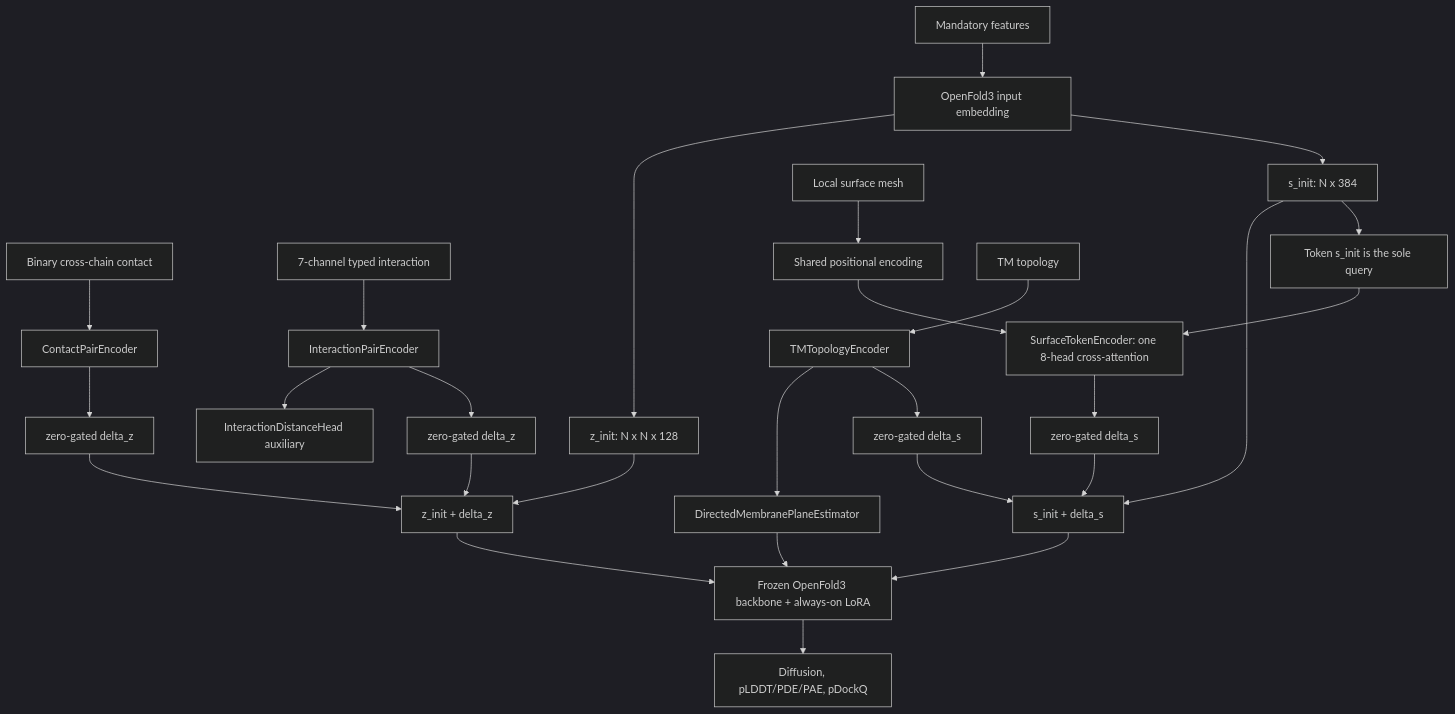
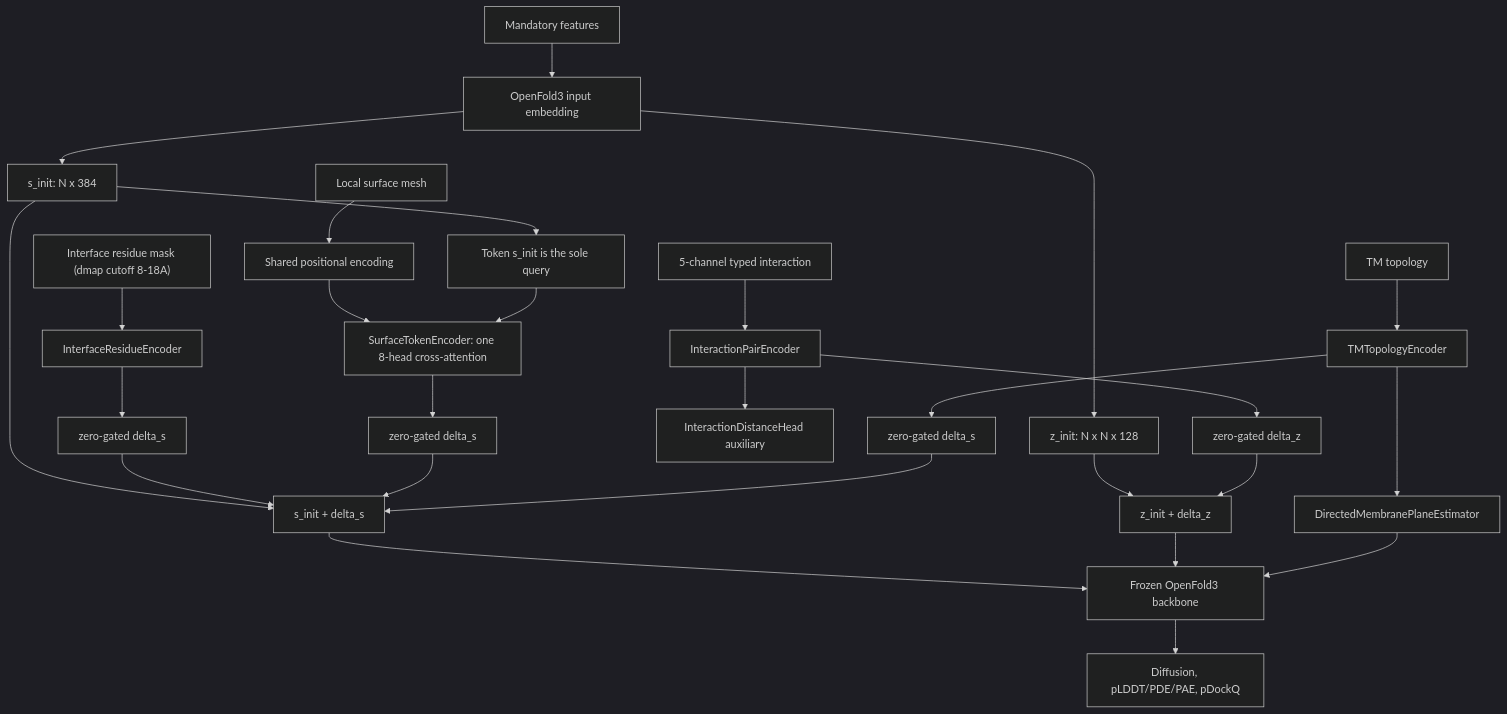
The second of 2 diagrams in README.md (linjyshanghaitech/PhysPPI_experiments), drawn with Mermaid (dark theme) before and after one commit. The commit also changed other lines of this file and 70 other files, not shown here.

````diff
--- a/README.md
+++ b/README.md
@@ -135,29 +135,29 @@
 ```mermaid
 flowchart TB
     M["Mandatory features"] --> E["OpenFold3 input embedding"]
     E --> S["s_init: N x 384"]
     E --> Z["z_init: N x N x 128"]
-    C["Binary cross-chain contact"] --> CE["ContactPairEncoder"]
-    CE --> DZ1["zero-gated delta_z"]
-    I["7-channel typed interaction"] --> IE["InteractionPairEncoder"]
+    IR["Interface residue mask (dmap cutoff 8-18A)"] --> IE2["InterfaceResidueEncoder"]
+    IE2 --> DS1["zero-gated delta_s"]
+    I["5-channel typed interaction"] --> IE["InteractionPairEncoder"]
     IE --> DZ2["zero-gated delta_z"]
     IE --> IDH["InteractionDistanceHead auxiliary"]
     SF["Local surface mesh"] --> SPE["Shared positional encoding"]
     S --> SQ["Token s_init is the sole query"]
     SPE --> SE["SurfaceTokenEncoder: one 8-head cross-attention"]
     SQ --> SE
-    SE --> DS1["zero-gated delta_s"]
+    SE --> DS1B["zero-gated delta_s"]
     TM["TM topology"] --> TE["TMTopologyEncoder"]
     TE --> DS2["zero-gated delta_s"]
     TE --> MP["DirectedMembranePlaneEstimator"]
     S --> SA["s_init + delta_s"]
     DS1 --> SA
+    DS1B --> SA
     DS2 --> SA
     Z --> ZA["z_init + delta_z"]
-    DZ1 --> ZA
     DZ2 --> ZA
-    SA --> OF["Frozen OpenFold3 backbone + always-on LoRA"]
+    SA --> OF["Frozen OpenFold3 backbone"]
     ZA --> OF
     MP --> OF
     OF --> O["Diffusion, pLDDT/PDE/PAE, pDockQ"]
 ```
````
